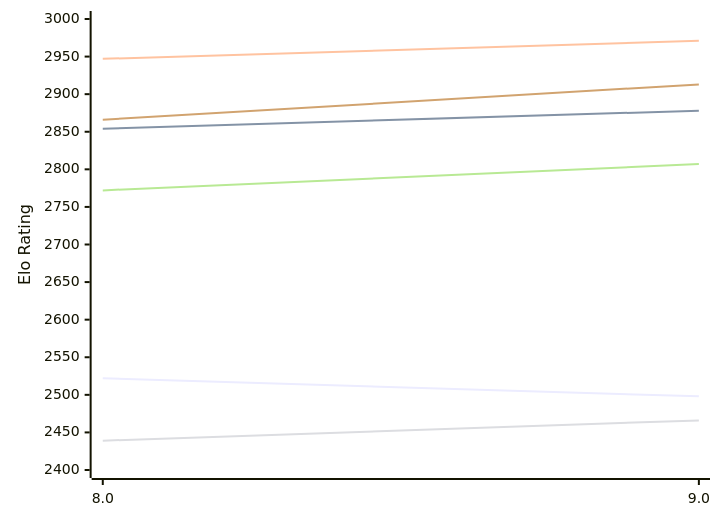
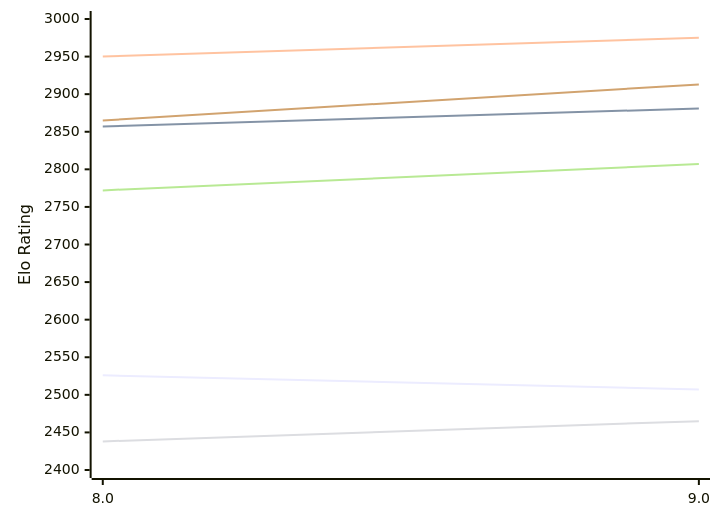
Before and after one commit to computer-chess-index/cci: the first of 2 diagrams in engines/4kc.md, drawn with Mermaid. The commit also changed other lines of this file, not shown here.

Commit message:
Update CCI Ratings (ELO VLTC) - 2026-11-22

````diff
--- a/engines/4kc.md
+++ b/engines/4kc.md
@@ -51,12 +51,12 @@
 ```mermaid
 %%{init: {"theme":"base","themeVariables":{"seriesColors:['#a3a3a3','#222221','#faa371']}}}%%
 xychart-beta
   x-axis ["8.0", "9.0"]
   y-axis "Elo Rating" 2400 --> 3000
-  line "E1: STC (8.0+0.08s)" [2522, 2498]
-  line "E1: LTC (60.0+0.60s)" [2854, 2878]
-  line "E1: VLTC (2m24s+1.12s)" [2947, 2971]
-  line "P1: STC (8.0+0.08s)" [2439, 2466]
+  line "E1: STC (8.0+0.08s)" [2526, 2507]
+  line "E1: LTC (60.0+0.60s)" [2857, 2881]
+  line "E1: VLTC (2m24s+1.12s)" [2950, 2975]
+  line "P1: STC (8.0+0.08s)" [2438, 2465]
   line "P1: LTC (60.0+0.60s)" [2772, 2807]
-  line "P1: VLTC (2m24s+1.12s)" [2866, 2913]
+  line "P1: VLTC (2m24s+1.12s)" [2865, 2913]
 ```
````
